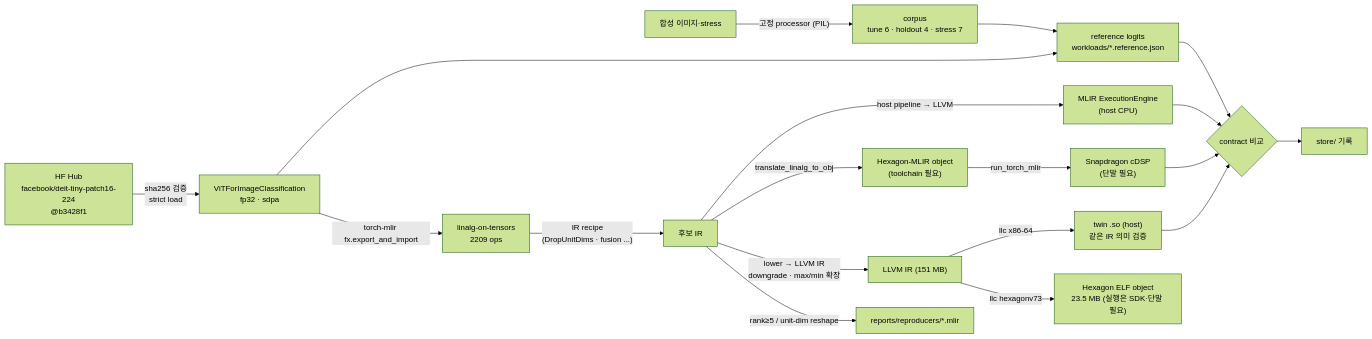
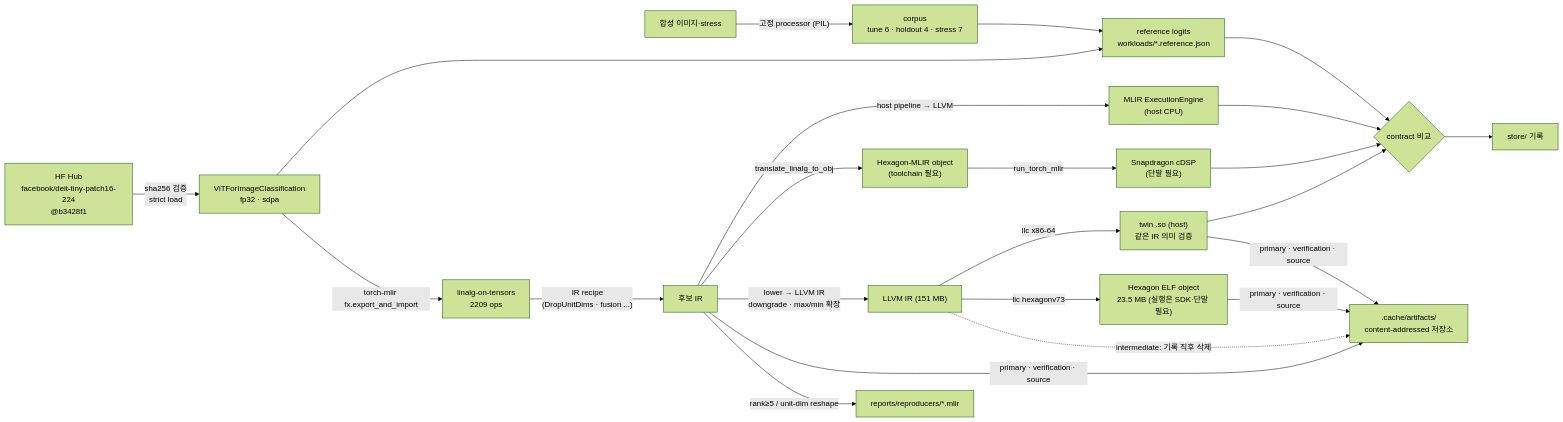
Before and after one commit to jimilee/demos: the fourth of 5 diagrams in nux/README.md, drawn with Mermaid (forest theme). The commit also changed other lines of this file, not shown here.

First line of the commit message:
nux README: bring structure diagrams in line with the refactored code

````diff
--- a/nux/README.md
+++ b/nux/README.md
@@ -229,21 +254,23 @@
 ```mermaid
 flowchart LR
     HF["HF Hub<br/>facebook/deit-tiny-patch16-224<br/>@b3428f1"] -->|"sha256 검증<br/>strict load"| M["ViTForImageClassification<br/>fp32 · sdpa"]
     IMG["합성 이미지·stress"] -->|"고정 processor (PIL)"| CORP["corpus<br/>tune 6 · holdout 4 · stress 7"]
     M --> REF["reference logits<br/>workloads/*.reference.json"]
     CORP --> REF
     M -->|"torch-mlir fx.export_and_import"| LIN["linalg-on-tensors<br/>2209 ops"]
     LIN -->|"IR recipe<br/>(DropUnitDims · fusion ...)"| LIN2["후보 IR"]
     LIN2 -->|"host pipeline → LLVM"| JIT["MLIR ExecutionEngine<br/>(host CPU)"]
     LIN2 -->|"translate_linalg_to_obj"| OBJ["Hexagon-MLIR object<br/>(toolchain 필요)"]
     LIN2 -->|"lower → LLVM IR<br/>downgrade · max/min 확장"| LL["LLVM IR (151 MB)"]
     LL -->|"llc x86-64"| TWIN["twin .so (host)<br/>같은 IR 의미 검증"]
     LL -->|"llc hexagonv73"| HOBJ["Hexagon ELF object<br/>23.5 MB (실행은 SDK·단말 필요)"]
     TWIN --> CMP
     OBJ -->|"run_torch_mlir"| DEV["Snapdragon cDSP<br/>(단말 필요)"]
     JIT --> CMP{"contract 비교"}
     DEV --> CMP
     REF --> CMP
     CMP --> ST["store/ 기록"]
+    HOBJ & TWIN & LIN2 -->|"primary · verification · source"| AS[".cache/artifacts/<br/>content-addressed 저장소"]
+    LL -.->|"intermediate: 기록 직후 삭제"| AS
     LIN2 -->|"rank≥5 / unit-dim reshape"| REPRO["reports/reproducers/*.mlir"]
 ```
````
